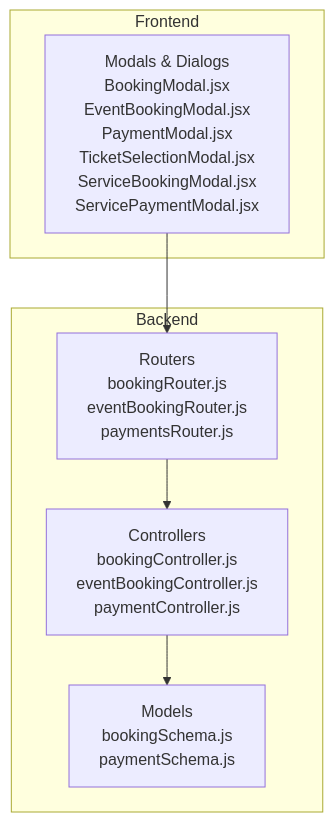
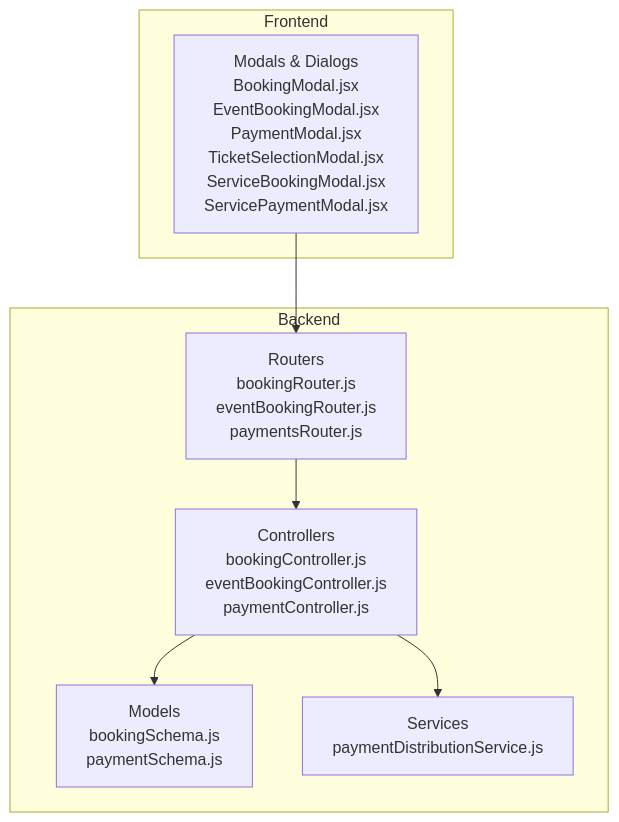
Before and after one commit to meghanamallela69-tech/event: the first of 11 diagrams in .qoder/repowiki/en/content/Booking and Payment System/Booking and Payment System.md, drawn with Mermaid. The commit also changed other lines of this file and 63 other files, not shown here.

````diff
--- a/.qoder/repowiki/en/content/Booking and Payment System/Booking and Payment System.md
+++ b/.qoder/repowiki/en/content/Booking and Payment System/Booking and Payment System.md
@@ -40,14 +49,16 @@
 ```mermaid
 graph TB
 subgraph "Backend"
 Models["Models<br/>bookingSchema.js<br/>paymentSchema.js"]
 Controllers["Controllers<br/>bookingController.js<br/>eventBookingController.js<br/>paymentController.js"]
+Services["Services<br/>paymentDistributionService.js"]
 Routers["Routers<br/>bookingRouter.js<br/>eventBookingRouter.js<br/>paymentsRouter.js"]
 end
 subgraph "Frontend"
 Modals["Modals & Dialogs<br/>BookingModal.jsx<br/>EventBookingModal.jsx<br/>PaymentModal.jsx<br/>TicketSelectionModal.jsx<br/>ServiceBookingModal.jsx<br/>ServicePaymentModal.jsx"]
 end
 Modals --> Routers
 Routers --> Controllers
 Controllers --> Models
+Controllers --> Services
 ```
````
